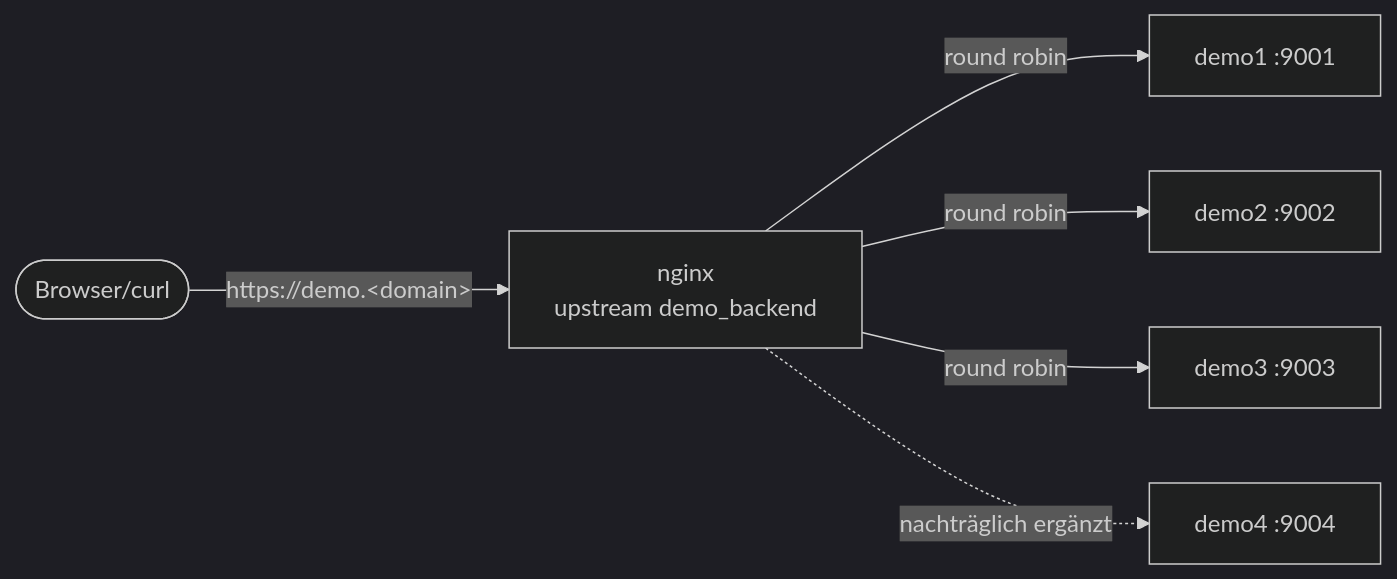
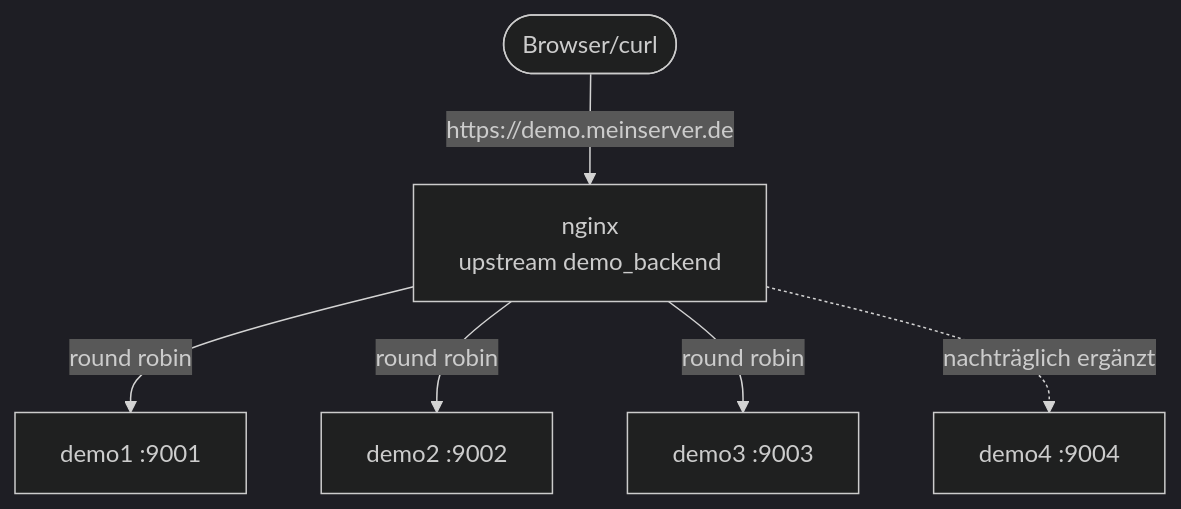
Before and after one commit to Lotter69/2026_02_linux: the third of 3 diagrams in Lab_06.md, drawn with Mermaid (dark theme). The commit also changed other lines of this file, not shown here.

Commit message:
Diagramme überarbeitet

````diff
--- a/Lab_06.md
+++ b/Lab_06.md
@@ -748,8 +748,8 @@
 ```mermaid
-flowchart LR
-    Client(["Browser/curl"]) -->|"https://demo.&lt;domain&gt;"| nginx["nginx<br/>upstream demo_backend"]
+flowchart TD
+    Client(["Browser/curl"]) -->|"https://demo.meinserver.de"| nginx["nginx<br/>upstream demo_backend"]
     nginx -->|round robin| demo1["demo1 :9001"]
     nginx -->|round robin| demo2["demo2 :9002"]
     nginx -->|round robin| demo3["demo3 :9003"]
     nginx -. nachträglich ergänzt .-> demo4["demo4 :9004"]
 ```
````
